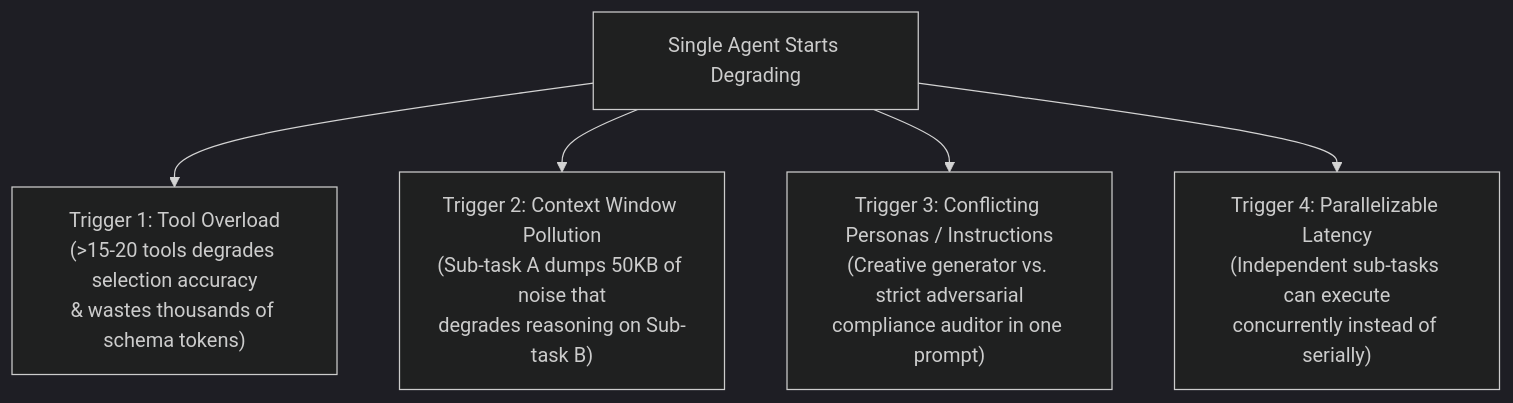
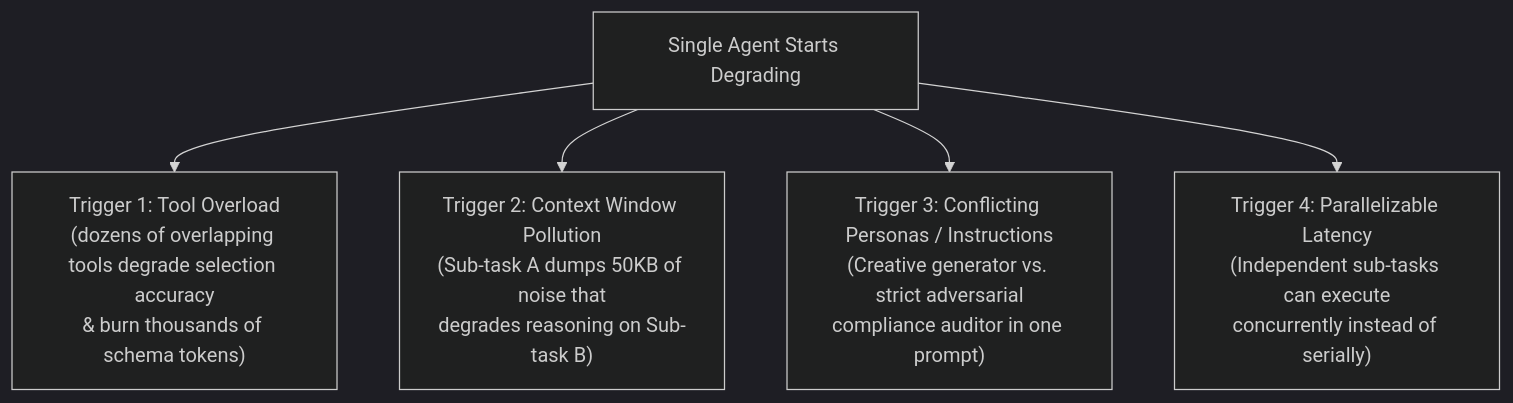
The first of 4 diagrams in chapter-03-deterministic-multi-agent-workflows.md (Rajdipc/agentic-ai-orchestration-patterns), drawn with Mermaid (dark theme) before and after one commit. The commit also changed other lines of this file and 18 other files, not shown here.

````diff
--- a/chapter-03-deterministic-multi-agent-workflows.md
+++ b/chapter-03-deterministic-multi-agent-workflows.md
@@ -13,7 +16,7 @@
 ```mermaid
 flowchart TD
-    Single["Single Agent Starts Degrading"] --> T1["Trigger 1: Tool Overload\n(>15-20 tools degrades selection accuracy\n& wastes thousands of schema tokens)"]
-    Single --> T2["Trigger 2: Context Window Pollution\n(Sub-task A dumps 50KB of noise that\ndegrades reasoning on Sub-task B)"]
-    Single --> T3["Trigger 3: Conflicting Personas / Instructions\n(Creative generator vs. strict adversarial\ncompliance auditor in one prompt)"]
-    Single --> T4["Trigger 4: Parallelizable Latency\n(Independent sub-tasks can execute\nconcurrently instead of serially)"]
+    Single["Single Agent Starts Degrading"] --> T1["Trigger 1: Tool Overload<br/>(dozens of overlapping tools degrade selection accuracy<br/>& burn thousands of schema tokens)"]
+    Single --> T2["Trigger 2: Context Window Pollution<br/>(Sub-task A dumps 50KB of noise that<br/>degrades reasoning on Sub-task B)"]
+    Single --> T3["Trigger 3: Conflicting Personas / Instructions<br/>(Creative generator vs. strict adversarial<br/>compliance auditor in one prompt)"]
+    Single --> T4["Trigger 4: Parallelizable Latency<br/>(Independent sub-tasks can execute<br/>concurrently instead of serially)"]
 ```
````
